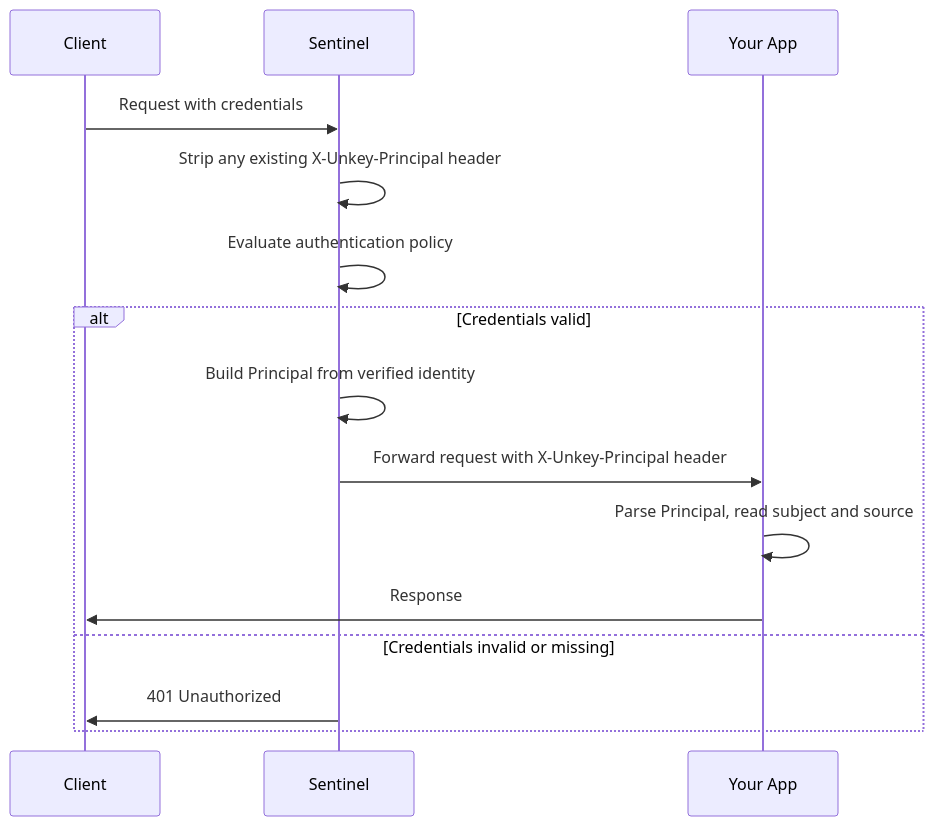
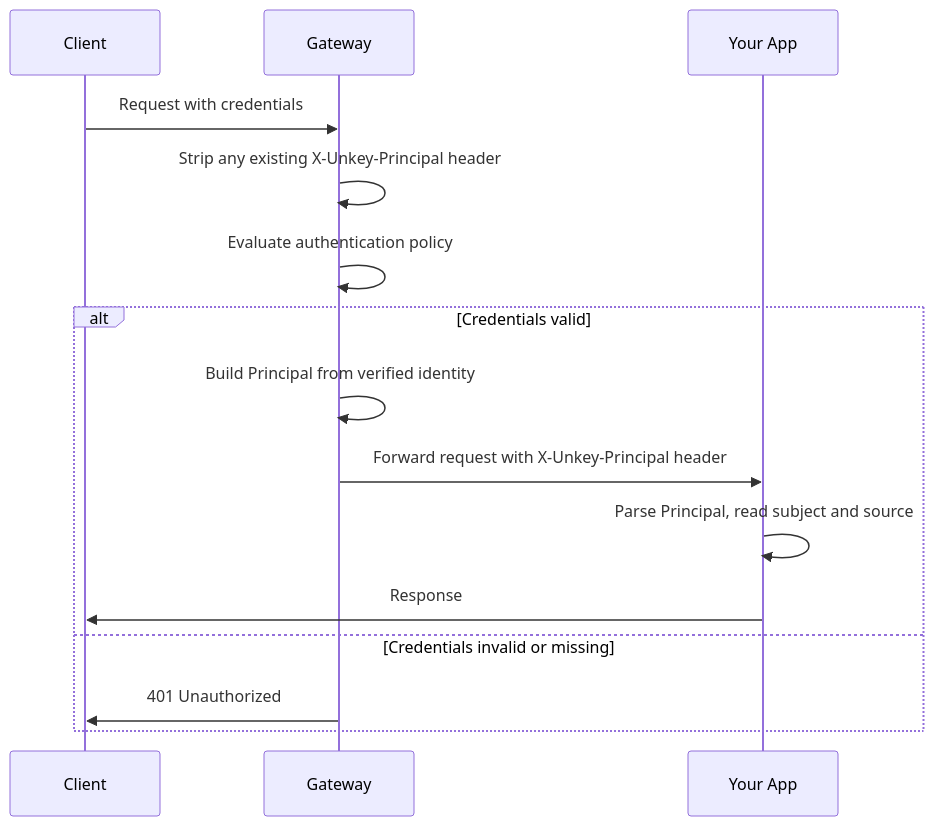
The diagram in docs/product/platform/gateways/authentication.mdx (unkeyed/unkey), drawn with Mermaid before and after one commit. The commit also changed other lines of this file and 31 other files, not shown here.

Commit message:
docs: rebrand sentinel to gateway

````diff
--- a/docs/product/platform/gateways/authentication.mdx
+++ b/docs/product/platform/gateways/authentication.mdx
@@ -16,18 +16,18 @@
 ```mermaid
 sequenceDiagram
     participant C as Client
-    participant S as Sentinel
+    participant G as Gateway
     participant A as Your App
 
-    C->>S: Request with credentials
-    S->>S: Strip any existing X-Unkey-Principal header
-    S->>S: Evaluate authentication policy
+    C->>G: Request with credentials
+    G->>G: Strip any existing X-Unkey-Principal header
+    G->>G: Evaluate authentication policy
     alt Credentials valid
-        S->>S: Build Principal from verified identity
-        S->>A: Forward request with X-Unkey-Principal header
+        G->>G: Build Principal from verified identity
+        G->>A: Forward request with X-Unkey-Principal header
         A->>A: Parse Principal, read subject and source
         A->>C: Response
     else Credentials invalid or missing
-        S->>C: 401 Unauthorized
+        G->>C: 401 Unauthorized
     end
 ```
````
